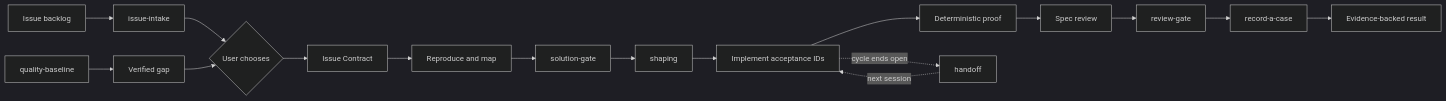
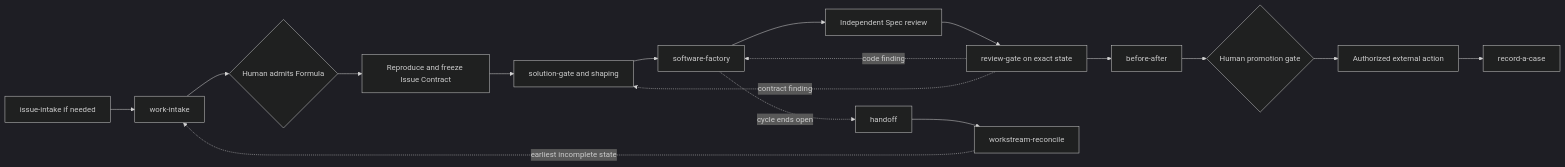
The diagram in README.md (Railly/skills), drawn with Mermaid (dark theme) before and after one commit. The commit also changed other lines of this file and 17 other files, not shown here.

````diff
--- a/README.md
+++ b/README.md
@@ -95,19 +99,19 @@
 ```mermaid
 flowchart LR
-  Baseline[quality-baseline] --> Gap[Verified gap]
-  Backlog[Issue backlog] --> Intake[issue-intake]
-  Intake --> Choice{User chooses}
-  Gap --> Choice
-  Choice --> Contract[Issue Contract]
-  Contract --> Reproduce[Reproduce and map]
-  Reproduce --> Gate[solution-gate]
-  Gate --> Shape[shaping]
-  Shape --> Change[Implement acceptance IDs]
-  Change --> Proof[Deterministic proof]
-  Proof --> Spec[Spec review]
-  Spec --> Review[review-gate]
-  Review --> Case[record-a-case]
-  Case --> Result[Evidence-backed result]
-  Change -.cycle ends open.-> Handoff[handoff]
-  Handoff -.next session.-> Change
+  Select[issue-intake if needed] --> Admit[work-intake]
+  Admit --> HumanA{Human admits Formula}
+  HumanA --> Contract[Reproduce and freeze Issue Contract]
+  Contract --> Shape[solution-gate and shaping]
+  Shape --> Factory[software-factory]
+  Factory --> Spec[Independent Spec review]
+  Spec --> Review[review-gate on exact state]
+  Review --> Show[before-after]
+  Show --> HumanP{Human promotion gate}
+  HumanP --> Deliver[Authorized external action]
+  Deliver --> Case[record-a-case]
+  Review -.code finding.-> Factory
+  Review -.contract finding.-> Shape
+  Factory -.cycle ends open.-> Handoff[handoff]
+  Handoff --> Reconcile[workstream-reconcile]
+  Reconcile -.earliest incomplete state.-> Admit
 ```
````
